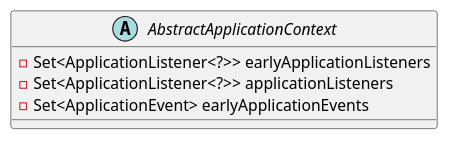
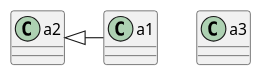
The first of 7 diagrams in uml/src/main/java/1.puml (FHJ2020/spring-uml), drawn with PlantUML before and after one commit. The commit also changed 3 other files, not shown here.

```diff
--- a/uml/src/main/java/1.puml
+++ b/uml/src/main/java/1.puml
@@ -1,12 +1,14 @@
 @startuml
 'https://plantuml.com/sequence-diagram
 
 
-abstract class AbstractApplicationContext{
-    -Set<ApplicationListener<?>> earlyApplicationListeners
-    -Set<ApplicationListener<?>> applicationListeners
-    -Set<ApplicationEvent> earlyApplicationEvents
-}
+class a1
+class a2
+class a3
+
+'a1 --|> a2
+a2 <|-r-- a1
+
 
 
 @enduml
```
